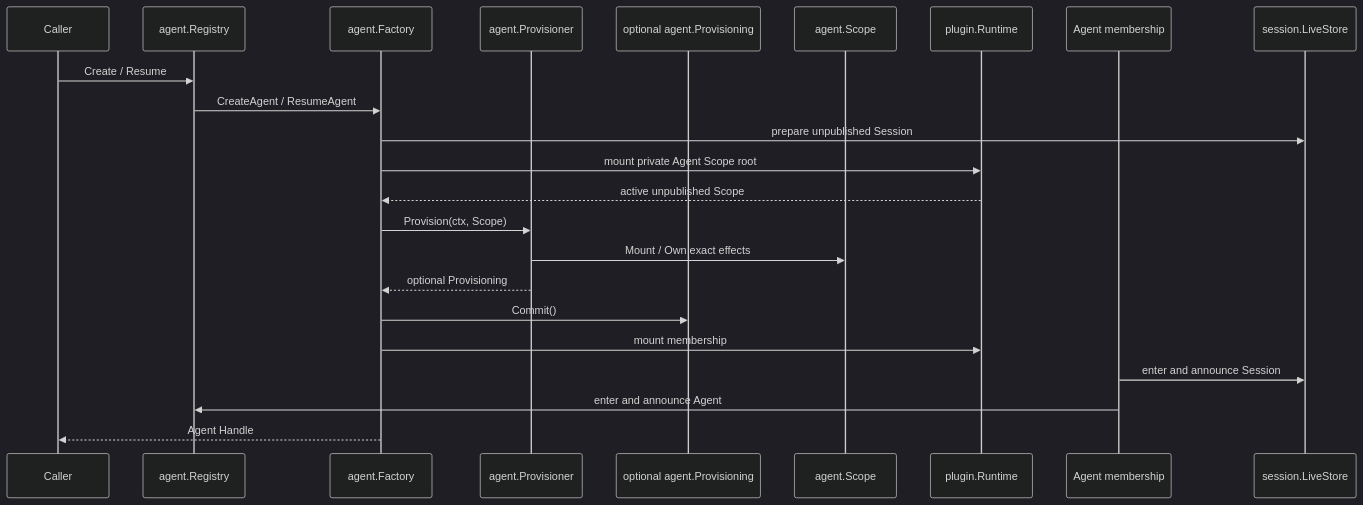
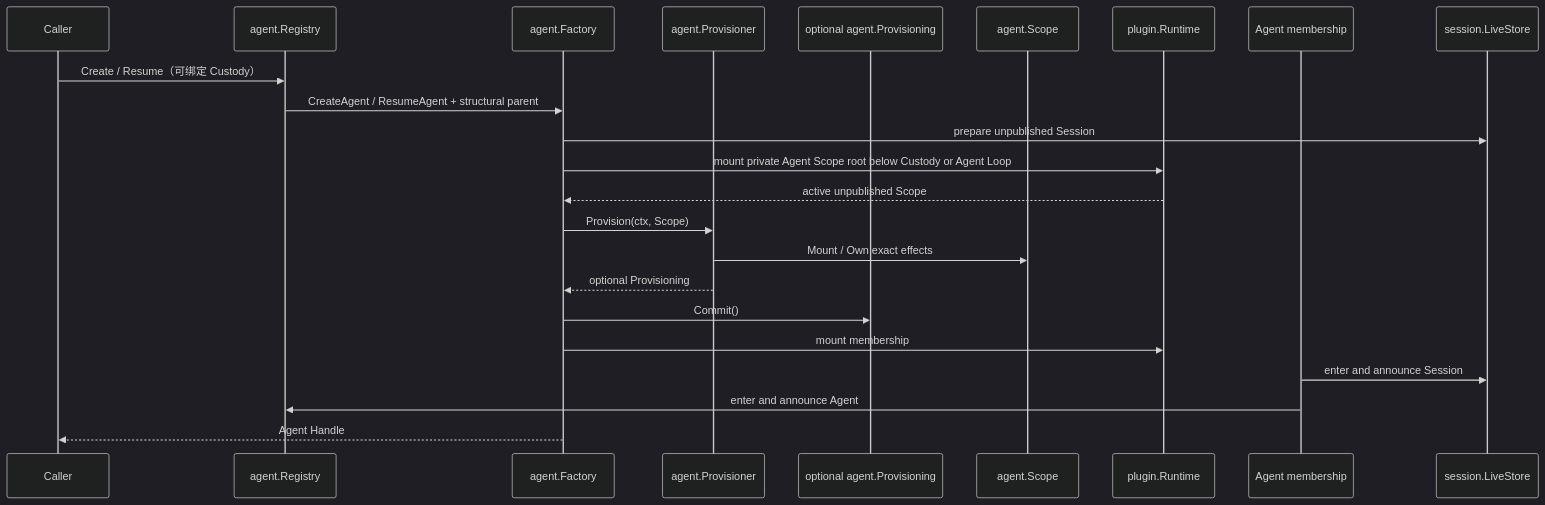
Before and after one commit to gorenx/goren: the diagram in agent/README.zh-CN.md, drawn with Mermaid (dark theme). The commit also changed other lines of this file and 5 other files, not shown here.

````diff
--- a/agent/README.zh-CN.md
+++ b/agent/README.zh-CN.md
@@ -22,26 +24,26 @@
 ```mermaid
 sequenceDiagram
     participant Caller as Caller
     participant Registry as agent.Registry
     participant Factory as agent.Factory
     participant Provisioner as agent.Provisioner
     participant Provisioning as optional agent.Provisioning
     participant Scope as agent.Scope
     participant Runtime as plugin.Runtime
     participant Membership as Agent membership
     participant Session as session.LiveStore
 
-    Caller->>Registry: Create / Resume
-    Registry->>Factory: CreateAgent / ResumeAgent
+    Caller->>Registry: Create / Resume（可绑定 Custody）
+    Registry->>Factory: CreateAgent / ResumeAgent + structural parent
     Factory->>Session: prepare unpublished Session
-    Factory->>Runtime: mount private Agent Scope root
+    Factory->>Runtime: mount private Agent Scope root below Custody or Agent Loop
     Runtime-->>Factory: active unpublished Scope
     Factory->>Provisioner: Provision(ctx, Scope)
     Provisioner->>Scope: Mount / Own exact effects
     Provisioner-->>Factory: optional Provisioning
     Factory->>Provisioning: Commit()
     Factory->>Runtime: mount membership
     Membership->>Session: enter and announce Session
     Membership->>Registry: enter and announce Agent
     Factory-->>Caller: Agent Handle
 ```
````
